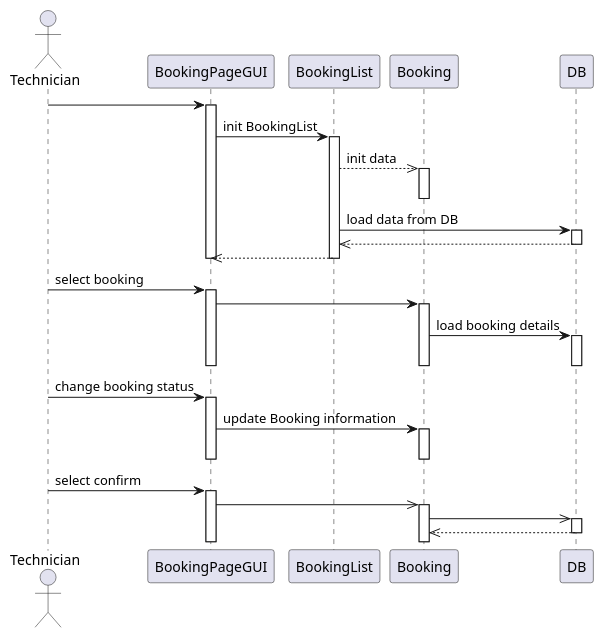
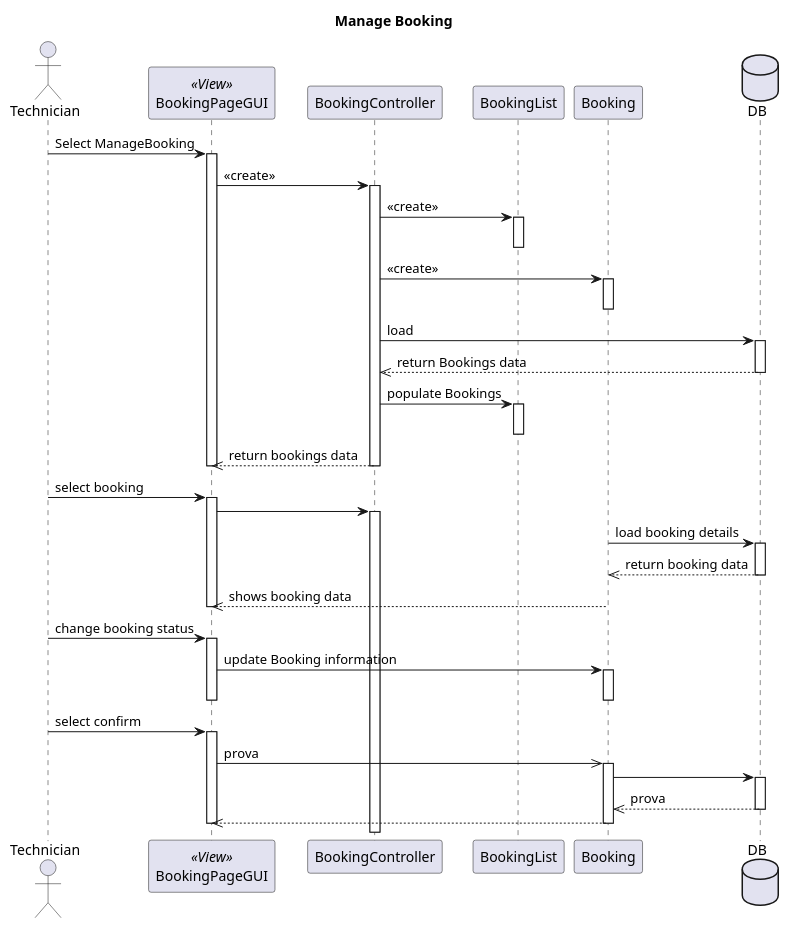
The diagram in doc/sequence_diagram/SD_ManageBooking.md (GiuEliNo/JustIT), drawn with PlantUML before and after one commit. The commit also changed 20 other files, not shown here.

```diff
--- a/doc/sequence_diagram/SD_ManageBooking.md
+++ b/doc/sequence_diagram/SD_ManageBooking.md
@@ -1,67 +1,69 @@
 @startuml
+
+
+title Manage Booking
 
 actor Technician
 
-Technician -> BookingPageGUI
+participant BookingPageGUI <<View>>
+
+Technician -> BookingPageGUI: Select ManageBooking
 activate BookingPageGUI
 
-BookingPageGUI -> BookingList: init BookingList
-activate BookingList
-BookingList -->> Booking: init data
-activate Booking
+BookingPageGUI -> BookingController ++: <<create>>
+BookingController -> BookingList ++: <<create>>
+deactivate BookingList
+BookingController -> Booking++: <<create>>
+
 deactivate Booking
 
-BookingList -> DB: load data from DB
+database DB
+BookingController -> DB ++: load
 
+DB -->> BookingController --: return Bookings data
 
-activate DB
-DB -->> BookingList
-deactivate DB
+BookingController -> BookingList++: populate Bookings
+deactivate BookingList
 
-BookingList -->> BookingPageGUI
-deactivate BookingList
+BookingController -->> BookingPageGUI--: return bookings data
+
 
 deactivate BookingPageGUI
 
 Technician -> BookingPageGUI: select booking
 activate BookingPageGUI
 
-BookingPageGUI -> Booking
-activate Booking
+BookingPageGUI -> BookingController ++:
 
-Booking -> DB: load booking details
-activate DB
-deactivate DB
+Booking -> DB ++: load booking details
+DB -->> Booking--: return booking data
 
-deactivate Booking
+Booking-->> BookingPageGUI --: shows booking data
 
 deactivate BookingPageGUI
+
 
 Technician -> BookingPageGUI: change booking status
 activate BookingPageGUI
 
 BookingPageGUI -> Booking: update Booking information
 activate Booking
 deactivate Booking
 
 deactivate BookingPageGUI
 
-Technician -> BookingPageGUI: select confirm
-activate BookingPageGUI
+Technician -> BookingPageGUI ++: select confirm
 
-BookingPageGUI ->> Booking
-activate Booking
+BookingPageGUI ->> Booking++: prova
 
-Booking ->> DB
-activate DB
-DB -->> Booking
-deactivate DB
+Booking -> DB ++
+DB -->> Booking --: prova
 
+Booking -->> BookingPageGUI--
 
-
-
+deactivate BookingPageGUI
 
 
 
 
 @enduml
```
